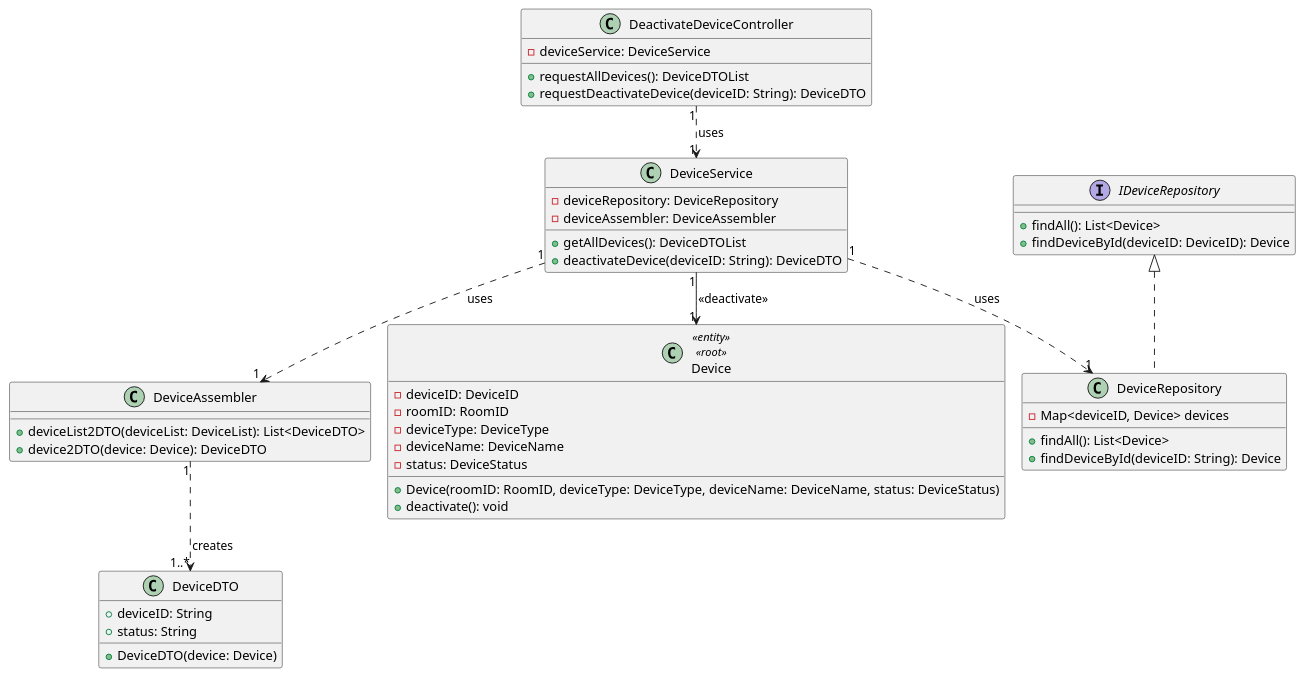
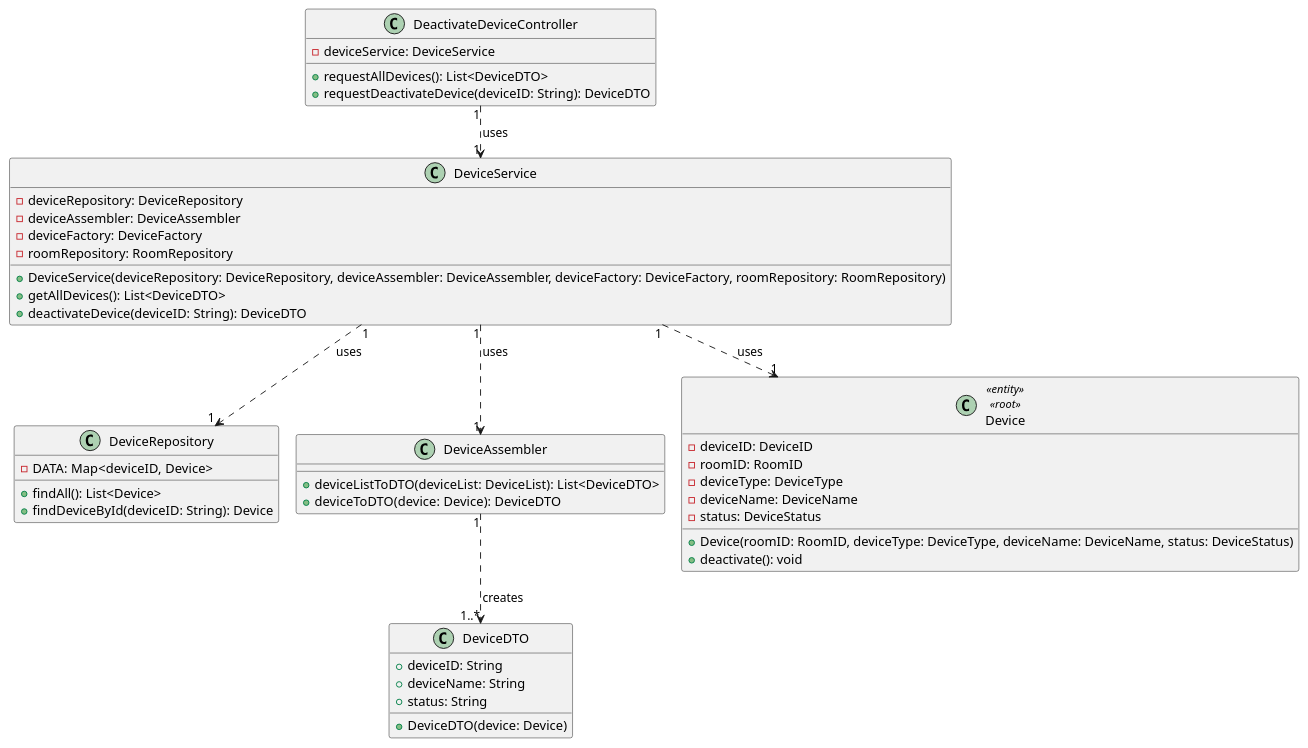
The diagram in docs/ood/classDiagram/US08DeactivateDevice.puml (olivDiogo/SmartHome), drawn with PlantUML before and after one commit.

Commit message:
Update: change attributes and methods from different classes in US08 CD, closes #105

```diff
--- a/docs/ood/classDiagram/US08DeactivateDevice.puml
+++ b/docs/ood/classDiagram/US08DeactivateDevice.puml
@@ -1,59 +1,58 @@
 @startuml
 'https://plantuml.com/class-diagram
 
 !pragma layout smetana
 !pragma scale 100 width
 !pragma useVerticalIfPossible
 
 class DeactivateDeviceController {
     -deviceService: DeviceService
-    +requestAllDevices(): DeviceDTOList
+    +requestAllDevices(): List<DeviceDTO>
     +requestDeactivateDevice(deviceID: String): DeviceDTO
 }
 
 class DeviceService {
     -deviceRepository: DeviceRepository
     -deviceAssembler: DeviceAssembler
-    +getAllDevices(): DeviceDTOList
+    -deviceFactory: DeviceFactory
+    -roomRepository: RoomRepository
+    +DeviceService(deviceRepository: DeviceRepository, deviceAssembler: DeviceAssembler, deviceFactory: DeviceFactory, roomRepository: RoomRepository)
+    +getAllDevices(): List<DeviceDTO>
     +deactivateDevice(deviceID: String): DeviceDTO
 }
 
-class DeviceRepository implements IDeviceRepository {
-    -Map<deviceID, Device> devices
+class DeviceRepository {
+    -DATA: Map<deviceID, Device>
     +findAll(): List<Device>
     +findDeviceById(deviceID: String): Device
 }
 
-interface IDeviceRepository {
-    +findAll(): List<Device>
-    +findDeviceById(deviceID: DeviceID): Device
-}
-
 class DeviceAssembler {
-    +deviceList2DTO(deviceList: DeviceList): List<DeviceDTO>
-    +device2DTO(device: Device): DeviceDTO
+    +deviceListToDTO(deviceList: DeviceList): List<DeviceDTO>
+    +deviceToDTO(device: Device): DeviceDTO
 }
 
 
 class DeviceDTO {
     +deviceID: String
+    + deviceName: String
     +status: String
     +DeviceDTO(device: Device)
 }
 
 class Device<<entity>><<root>> {
     -deviceID: DeviceID
     -roomID: RoomID
     -deviceType: DeviceType
     -deviceName: DeviceName
     -status: DeviceStatus
     +Device(roomID: RoomID, deviceType: DeviceType, deviceName: DeviceName, status: DeviceStatus)
     +deactivate(): void
 }
 
 DeactivateDeviceController "1" ..> "1" DeviceService: uses >
 DeviceService "1" ..> "1" DeviceRepository: uses >
 DeviceService "1" ..> "1" DeviceAssembler: uses >
 DeviceAssembler "1" ..> "1..*" DeviceDTO: creates >
-DeviceService "1" --> "1" Device: <<deactivate>>
+DeviceService "1" ..> "1" Device: uses
 @enduml
```
